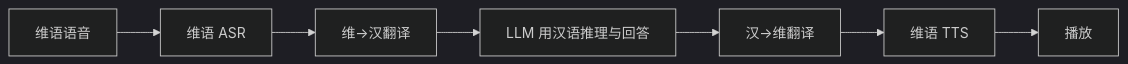
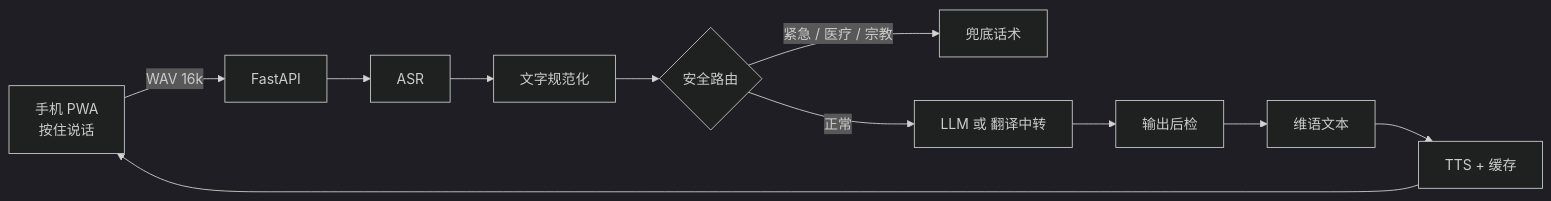
One commit to Erfan817/uyghur-voice-assistant changed the diagram in README.md. Above: the diagram before and after it, drawn with Mermaid (dark theme). The commit also changed other lines of this file and 48 other files, not shown here.

````diff
--- a/README.md
+++ b/README.md
@@ -128,9 +185,13 @@
 ```mermaid
 flowchart LR
-    A[维语语音] --> B[维语 ASR]
-    B --> C[维→汉翻译]
-    C --> D[LLM 用汉语推理与回答]
-    D --> E[汉→维翻译]
-    E --> F[维语 TTS]
-    F --> G[播放]
+    A[手机 PWA<br/>按住说话] -->|WAV 16k| B[FastAPI]
+    B --> C[ASR]
+    C --> D[文字规范化]
+    D --> E{安全路由}
+    E -->|紧急 / 医疗 / 宗教| F[兜底话术]
+    E -->|正常| G[LLM 或 翻译中转]
+    G --> H[输出后检]
+    H --> I[维语文本]
+    I --> J[TTS + 缓存]
+    J --> A
 ```
````
